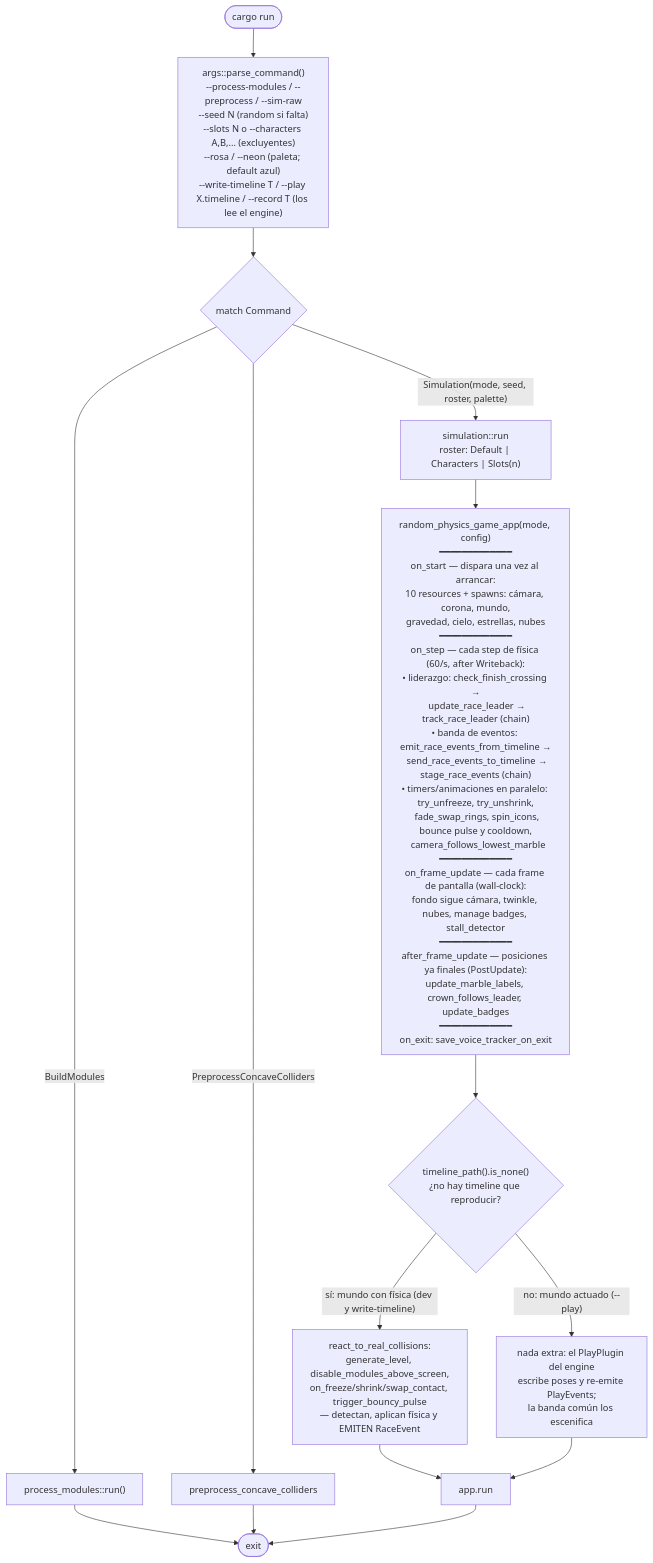
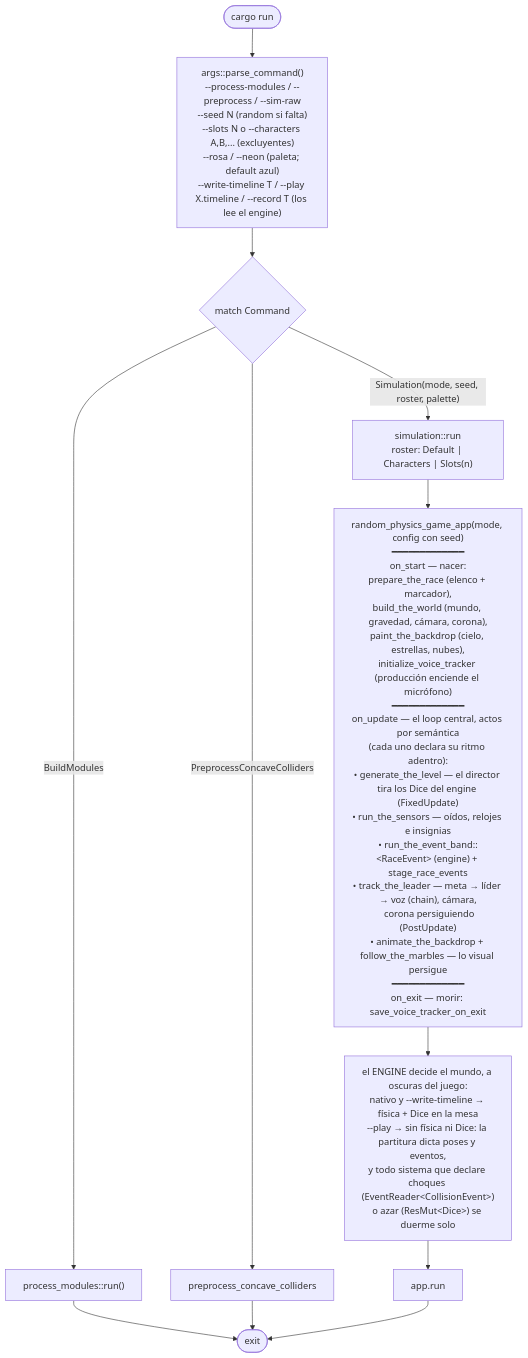
Before and after one commit to jesusgomeznuz/canicasbrawl-rapier: the first of 5 diagrams in docs/flow.md, drawn with Mermaid. The commit also changed other lines of this file and 1 other file, not shown here.

First line of the commit message:
docs: mapas al día — tres fases de vida, la ley, los dados y la banda

````diff
--- a/docs/flow.md
+++ b/docs/flow.md
@@ -7,20 +7,17 @@
 ```mermaid
 flowchart TD
     Start([cargo run]) --> Parse["args::parse_command()<br/>--process-modules / --preprocess / --sim-raw<br/>--seed N (random si falta)<br/>--slots N o --characters A,B,... (excluyentes)<br/>--rosa / --neon (paleta; default azul)<br/>--write-timeline T / --play X.timeline / --record T (los lee el engine)"]
     Parse --> Match{match Command}
     Match -- BuildModules --> Editor["process_modules::run()"]
     Match -- PreprocessConcaveColliders --> Pre["preprocess_concave_colliders"]
     Match -- "Simulation(mode, seed, roster, palette)" --> Run["simulation::run<br/>roster: Default | Characters | Slots(n)"]
 
-    Run --> Fases["random_physics_game_app(mode, config)<br/>━━━━━━━━━━━━━<br/>on_start — dispara una vez al arrancar:<br/>10 resources + spawns: cámara, corona, mundo,<br/>gravedad, cielo, estrellas, nubes<br/>━━━━━━━━━━━━━<br/>on_step — cada step de física (60/s, after Writeback):<br/>• liderazgo: check_finish_crossing →<br/>&nbsp;&nbsp;update_race_leader → track_race_leader (chain)<br/>• banda de eventos: emit_race_events_from_timeline →<br/>&nbsp;&nbsp;send_race_events_to_timeline → stage_race_events (chain)<br/>• timers/animaciones en paralelo: try_unfreeze, try_unshrink,<br/>&nbsp;&nbsp;fade_swap_rings, spin_icons, bounce pulse y cooldown,<br/>&nbsp;&nbsp;camera_follows_lowest_marble<br/>━━━━━━━━━━━━━<br/>on_frame_update — cada frame de pantalla (wall-clock):<br/>fondo sigue cámara, twinkle, nubes, manage badges, stall_detector<br/>━━━━━━━━━━━━━<br/>after_frame_update — posiciones ya finales (PostUpdate):<br/>update_marble_labels, crown_follows_leader, update_badges<br/>━━━━━━━━━━━━━<br/>on_exit: save_voice_tracker_on_exit"]
+    Run --> Fases["random_physics_game_app(mode, config con seed)<br/>━━━━━━━━━━━━━<br/>on_start — nacer:<br/>prepare_the_race (elenco + marcador),<br/>build_the_world (mundo, gravedad, cámara, corona),<br/>paint_the_backdrop (cielo, estrellas, nubes),<br/>initialize_voice_tracker (producción enciende el micrófono)<br/>━━━━━━━━━━━━━<br/>on_update — el loop central, actos por semántica<br/>(cada uno declara su ritmo adentro):<br/>• generate_the_level — el director tira los Dice del engine (FixedUpdate)<br/>• run_the_sensors — oídos, relojes e insignias<br/>• run_the_event_band::&lt;RaceEvent&gt; (engine) + stage_race_events<br/>• track_the_leader — meta → líder → voz (chain), cámara,<br/>&nbsp;&nbsp;corona persiguiendo (PostUpdate)<br/>• animate_the_backdrop + follow_the_marbles — lo visual persigue<br/>━━━━━━━━━━━━━<br/>on_exit — morir: save_voice_tracker_on_exit"]
 
-    Fases --> If{"timeline_path().is_none()<br/>¿no hay timeline que reproducir?"}
-    If -- "sí: mundo con física (dev y write-timeline)" --> Fisica["react_to_real_collisions:<br/>generate_level, disable_modules_above_screen,<br/>on_freeze/shrink/swap_contact, trigger_bouncy_pulse<br/>— detectan, aplican física y EMITEN RaceEvent"]
-    If -- "no: mundo actuado (--play)" --> Play["nada extra: el PlayPlugin del engine<br/>escribe poses y re-emite PlayEvents;<br/>la banda común los escenifica"]
+    Fases --> Dark["el ENGINE decide el mundo, a oscuras del juego:<br/>nativo y --write-timeline → física + Dice en la mesa<br/>--play → sin física ni Dice: la partitura dicta poses y eventos,<br/>y todo sistema que declare choques (EventReader&lt;CollisionEvent&gt;)<br/>o azar (ResMut&lt;Dice&gt;) se duerme solo"]
 
     Editor --> End([exit])
     Pre --> End
-    Fisica --> Loop["app.run"]
-    Play --> Loop
+    Dark --> Loop["app.run"]
     Loop --> End
 ```
````
